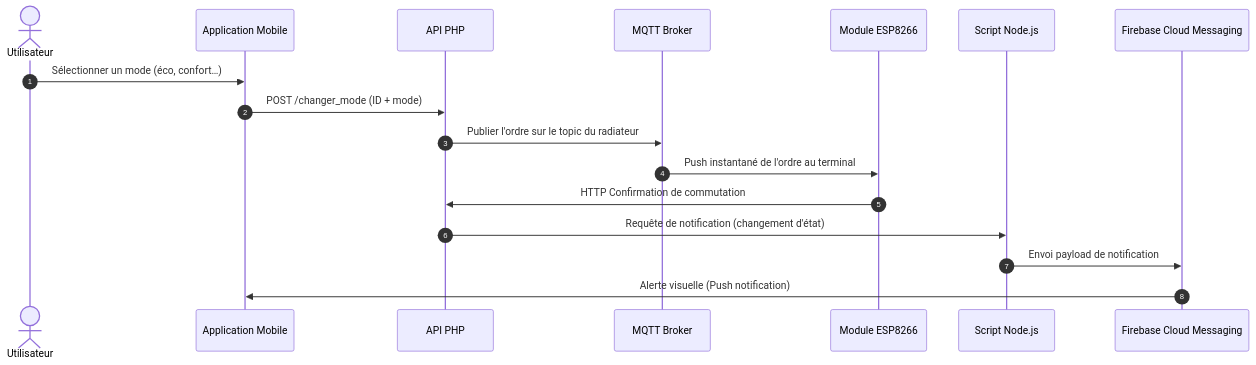
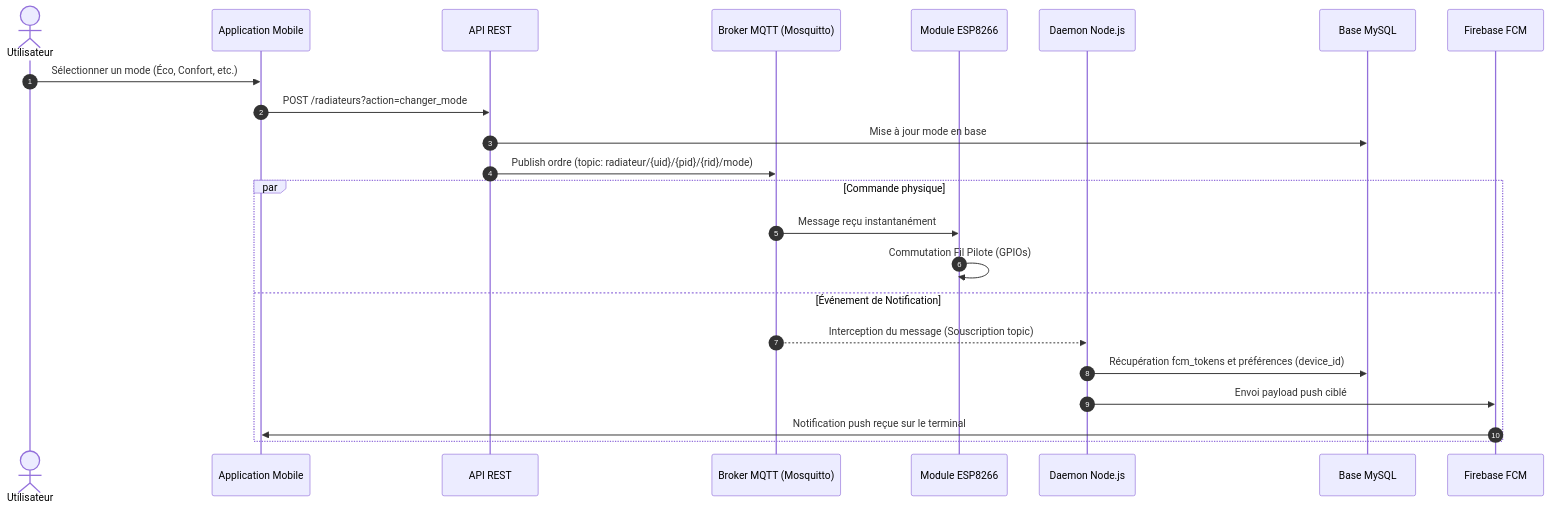
One commit to wkabtech/Warmly changed the third of 5 diagrams in README.md. Above: the diagram before and after it, drawn with Mermaid. The commit also changed other lines of this file, not shown here.

````diff
--- a/README.md
+++ b/README.md
@@ -182,20 +177,27 @@
 ```mermaid
 sequenceDiagram
     autonumber
     actor Utilisateur
     participant App as Application Mobile
-    participant API as API PHP
-    participant MQTT as MQTT Broker
+    participant API as API REST
+    participant MQTT as Broker MQTT (Mosquitto)
     participant ESP as Module ESP8266
-    participant NodeJS as Script Node.js
-    participant Firebase as Firebase Cloud Messaging
+    participant NodeJS as Daemon Node.js
+    participant BDD as Base MySQL
+    participant Firebase as Firebase FCM
 
-    Utilisateur->>App: Sélectionner un mode (éco, confort…)
-    App->>API: POST /changer_mode (ID + mode)
-    API->>MQTT: Publier l'ordre sur le topic du radiateur
-    MQTT->>ESP: Push instantané de l'ordre au terminal
-    ESP->>API: HTTP Confirmation de commutation
-    API->>NodeJS: Requête de notification (changement d'état)
-    NodeJS->>Firebase: Envoi payload de notification
-    Firebase->>App: Alerte visuelle (Push notification)
+    Utilisateur->>App: Sélectionner un mode (Éco, Confort, etc.)
+    App->>API: POST /radiateurs?action=changer_mode
+    API->>BDD: Mise à jour mode en base
+    API->>MQTT: Publish ordre (topic: radiateur/{uid}/{pid}/{rid}/mode)
+    
+    par Commande physique
+        MQTT->>ESP: Message reçu instantanément
+        ESP->>ESP: Commutation Fil Pilote (GPIOs)
+    and Événement de Notification
+        MQTT-->>NodeJS: Interception du message (Souscription topic)
+        NodeJS->>BDD: Récupération fcm_tokens et préférences (device_id)
+        NodeJS->>Firebase: Envoi payload push ciblé
+        Firebase->>App: Notification push reçue sur le terminal
+    end
 ```
````
